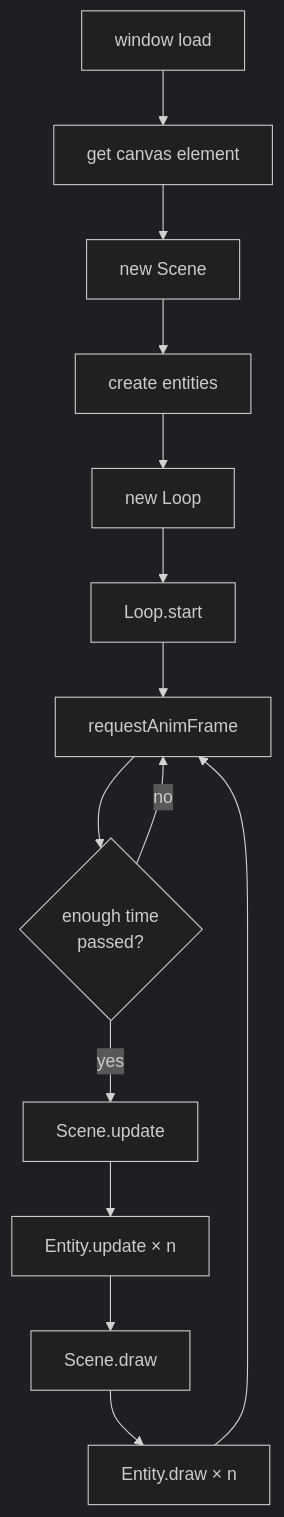
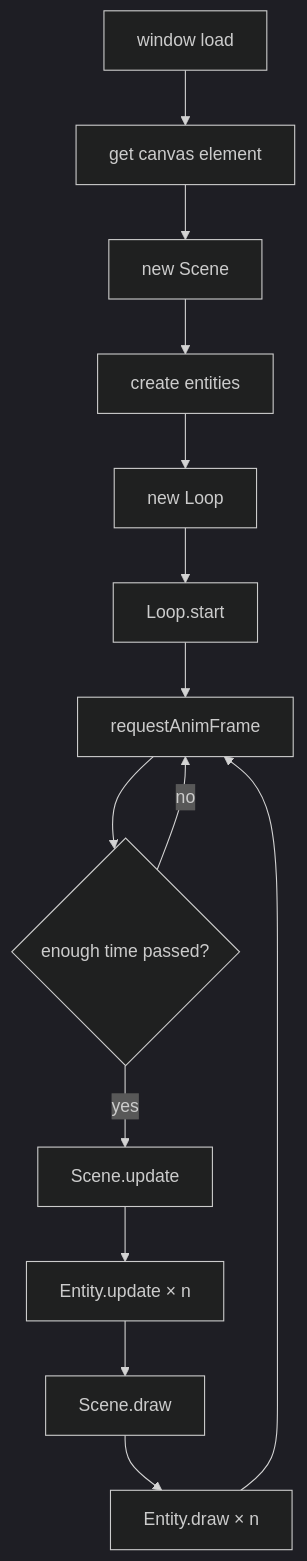
One commit to lukecassidy/canvas-template changed the diagram in README.md. Above: the diagram before and after it, drawn with Mermaid (dark theme).

Commit message:
Fix formatting in README.md

````diff
--- a/README.md
+++ b/README.md
@@ -13,17 +13,17 @@
 ```mermaid
 flowchart TD
     A[window load] --> B[get canvas element]
     B --> C[new Scene]
     C --> D[create entities]
     D --> E[new Loop]
     E --> F[Loop.start]
 
     F --> G[requestAnimFrame]
-    G --> H{enough time\npassed?}
+    G --> H{enough time passed?}
     H -- no --> G
     H -- yes --> I[Scene.update]
     I --> J[Entity.update × n]
     J --> K[Scene.draw]
     K --> L[Entity.draw × n]
     L --> G
 ```
````
